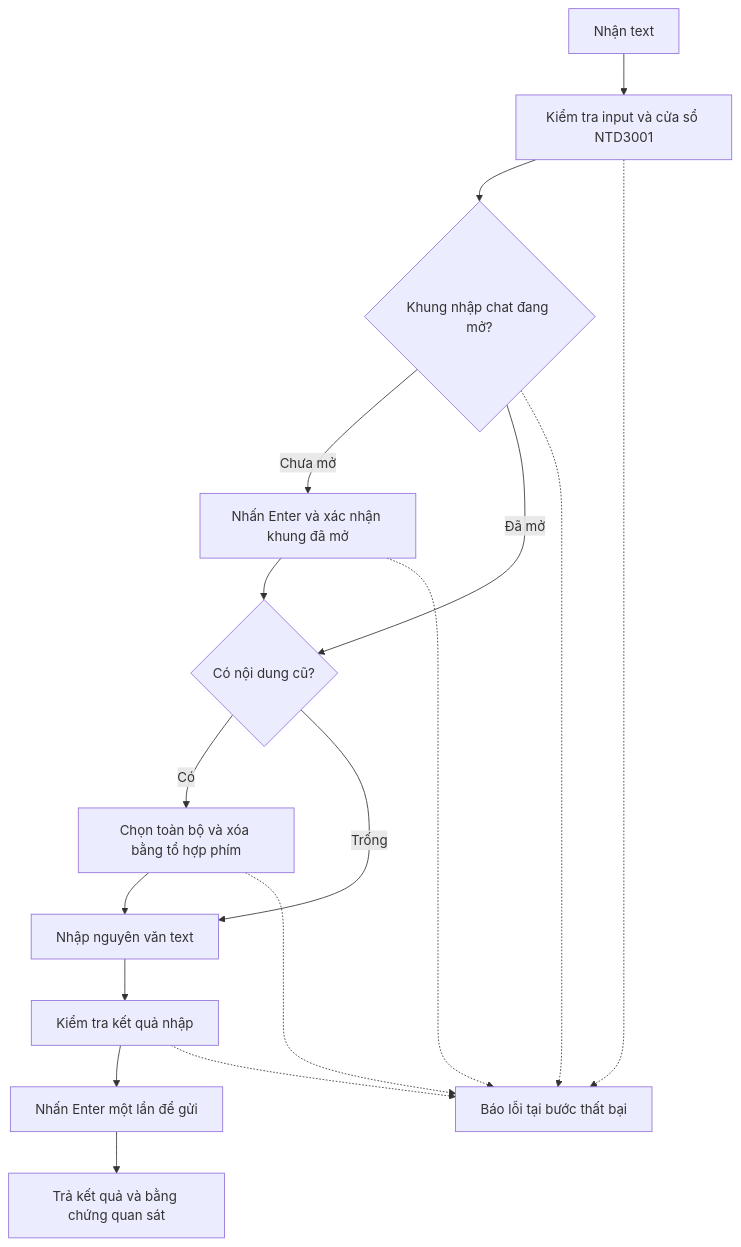
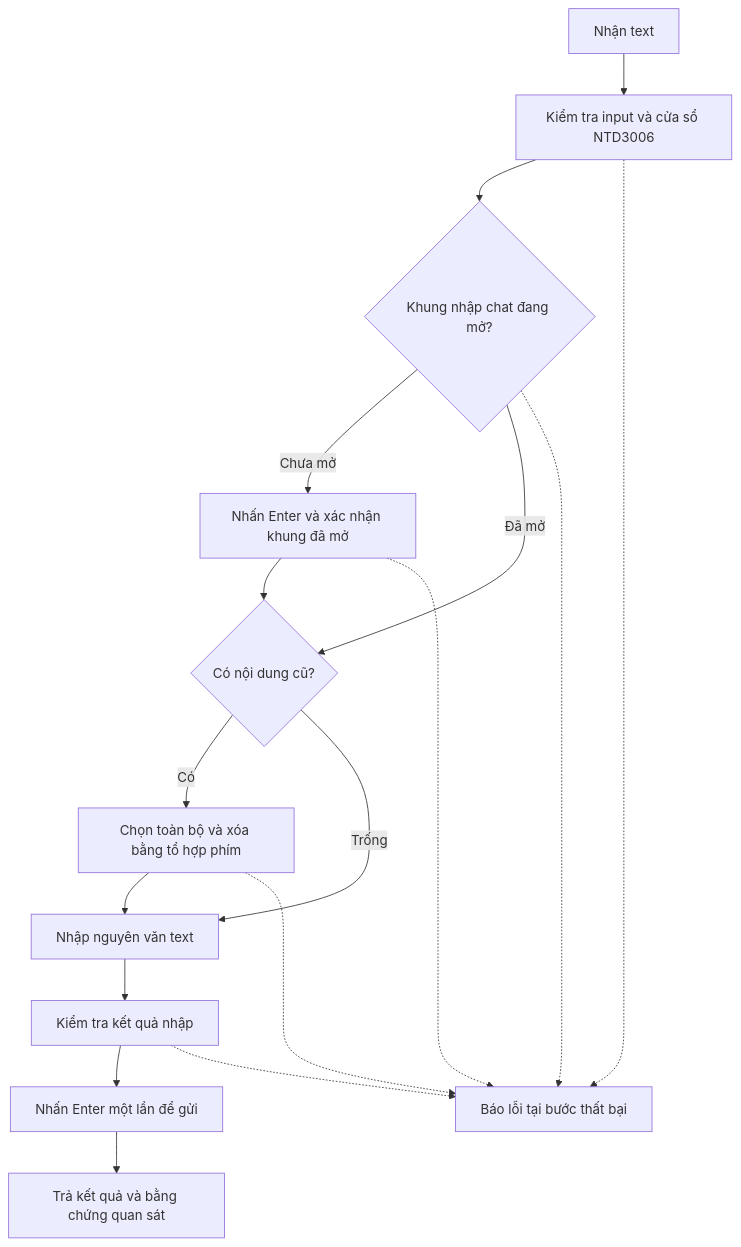
Before and after one commit to ntdungk55/Auto_MU: the diagram in .kiro/specs/game-chat-mcp/requirements.md, drawn with Mermaid. The commit also changed other lines of this file and 3 other files, not shown here.

````diff
--- a/.kiro/specs/game-chat-mcp/requirements.md
+++ b/.kiro/specs/game-chat-mcp/requirements.md
@@ -33,19 +34,19 @@
 ```mermaid
 flowchart TD
-    A[Nhận text] --> B[Kiểm tra input và cửa sổ NTD3001]
+    A[Nhận text] --> B[Kiểm tra input và cửa sổ NTD3006]
     B --> C{Khung nhập chat đang mở?}
     C -->|Chưa mở| D[Nhấn Enter và xác nhận khung đã mở]
     C -->|Đã mở| E{Có nội dung cũ?}
     D --> E
     E -->|Có| F[Chọn toàn bộ và xóa bằng tổ hợp phím]
     E -->|Trống| G[Nhập nguyên văn text]
     F --> G
     G --> H[Kiểm tra kết quả nhập]
     H --> I[Nhấn Enter một lần để gửi]
     I --> J[Trả kết quả và bằng chứng quan sát]
     B -.-> K[Báo lỗi tại bước thất bại]
     C -.-> K
     D -.-> K
     F -.-> K
     H -.-> K
 ```
````
